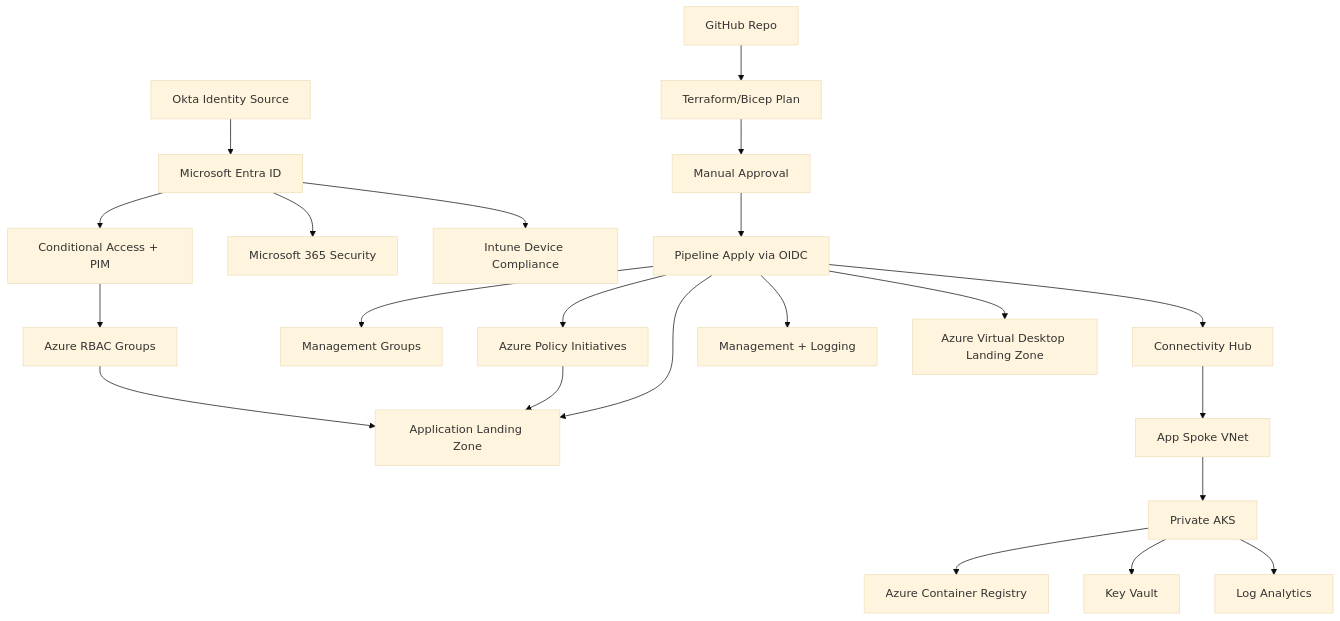
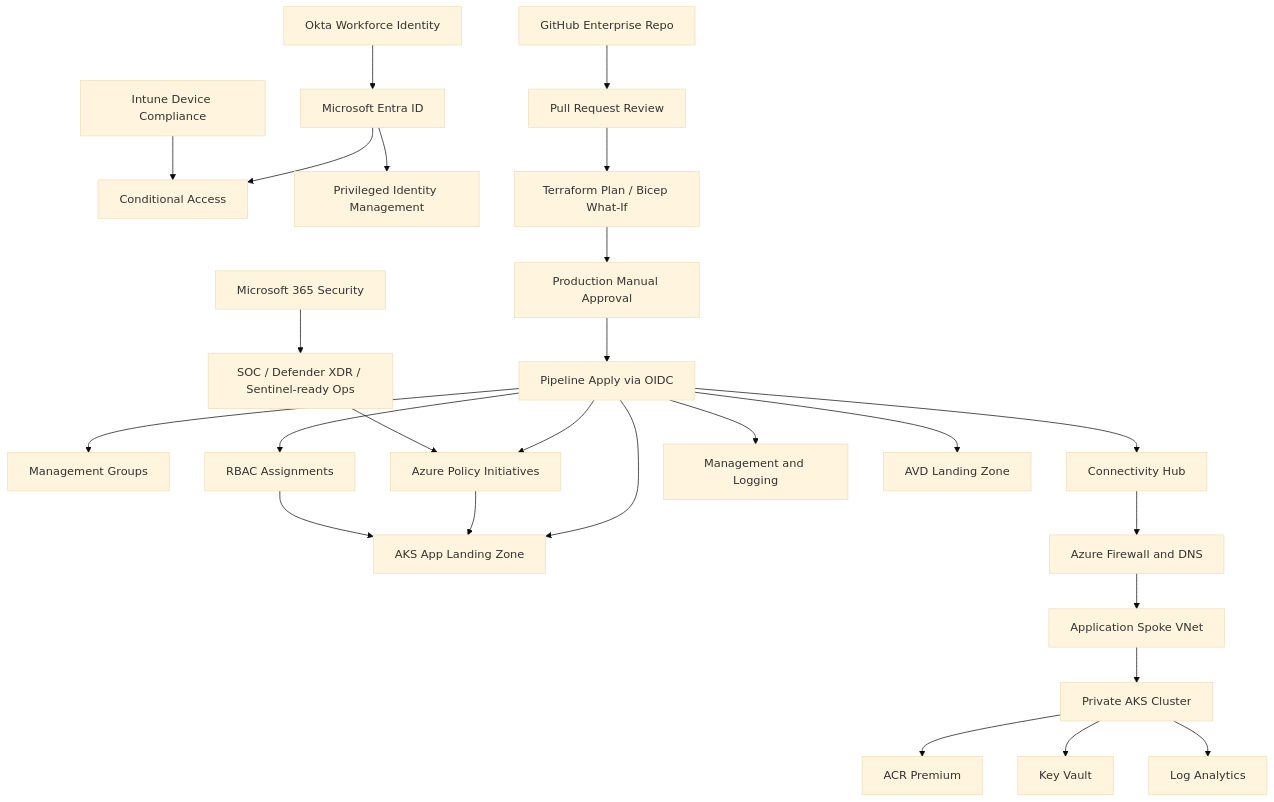
The diagram in docs/architecture.md (mehtanjitesh-sys/azure-enterprise-landing-zone), drawn with Mermaid (base theme) before and after one commit. The commit also changed other lines of this file and 14 other files, not shown here.

Commit message:
Expand enterprise landing zone architecture and guardrails

````diff
--- a/docs/architecture.md
+++ b/docs/architecture.md
@@ -326,27 +417,31 @@
 ```mermaid
 flowchart TB
-  Okta["Okta Identity Source"] --> Entra["Microsoft Entra ID"]
-  Entra --> CA["Conditional Access + PIM"]
-  Entra --> M365["Microsoft 365 Security"]
-  Entra --> Intune["Intune Device Compliance"]
-  CA --> AzureRBAC["Azure RBAC Groups"]
+  Okta["Okta Workforce Identity"] --> Entra["Microsoft Entra ID"]
+  Entra --> CA["Conditional Access"]
+  Entra --> PIM["Privileged Identity Management"]
+  Intune["Intune Device Compliance"] --> CA
+  M365["Microsoft 365 Security"] --> SOC["SOC / Defender XDR / Sentinel-ready Ops"]
 
-  GitHub["GitHub Repo"] --> Plan["Terraform/Bicep Plan"]
-  Plan --> Approval["Manual Approval"]
+  GitHub["GitHub Enterprise Repo"] --> PR["Pull Request Review"]
+  PR --> Plan["Terraform Plan / Bicep What-If"]
+  Plan --> Approval["Production Manual Approval"]
   Approval --> Apply["Pipeline Apply via OIDC"]
 
   Apply --> MG["Management Groups"]
   Apply --> Policy["Azure Policy Initiatives"]
+  Apply --> RBAC["RBAC Assignments"]
   Apply --> Hub["Connectivity Hub"]
-  Apply --> Mgmt["Management + Logging"]
-  Apply --> AVD["Azure Virtual Desktop Landing Zone"]
-  Apply --> AppLZ["Application Landing Zone"]
+  Apply --> Mgmt["Management and Logging"]
+  Apply --> AVD["AVD Landing Zone"]
+  Apply --> App["AKS App Landing Zone"]
 
-  Hub --> Spoke["App Spoke VNet"]
-  Spoke --> AKS["Private AKS"]
-  AKS --> ACR["Azure Container Registry"]
+  Hub --> Firewall["Azure Firewall and DNS"]
+  Firewall --> Spoke["Application Spoke VNet"]
+  Spoke --> AKS["Private AKS Cluster"]
+  AKS --> ACR["ACR Premium"]
   AKS --> KV["Key Vault"]
   AKS --> Logs["Log Analytics"]
-  Policy --> AppLZ
-  AzureRBAC --> AppLZ
+  Policy --> App
+  RBAC --> App
+  SOC --> Policy
 ```
````
